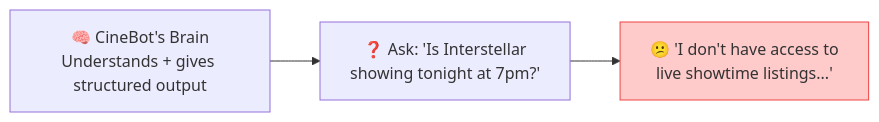
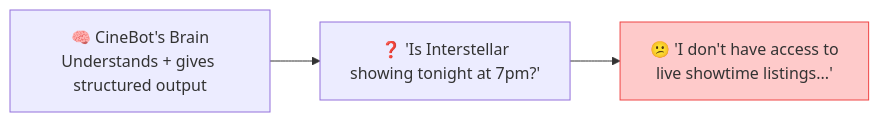
One commit to abhirajsinghs/KrishNaik_acadmey_agentic_ai_3_0 changed the first of 8 diagrams in classes_summary/10 - 26 July - LangChain - 4 - Tools Deep Dive.md. Above: the diagram before and after it, drawn with Mermaid. The commit also changed other lines of this file, not shown here.

````diff
--- a/classes_summary/10 - 26 July - LangChain - 4 - Tools Deep Dive.md
+++ b/classes_summary/10 - 26 July - LangChain - 4 - Tools Deep Dive.md
@@ -20,7 +22,7 @@
 ```mermaid
 flowchart LR
-    A["🧠 CineBot's Brain<br/>Understands + gives structured output"] --> B["❓ Ask: 'Is Interstellar<br/>showing tonight at 7pm?'"]
+    A["🧠 CineBot's Brain<br/>Understands + gives structured output"] --> B["❓ 'Is Interstellar<br/>showing tonight at 7pm?'"]
     B --> C["😕 'I don't have access to<br/>live showtime listings...'"]
 
     style C fill:#fecaca,stroke:#ef4444
 ```
````
